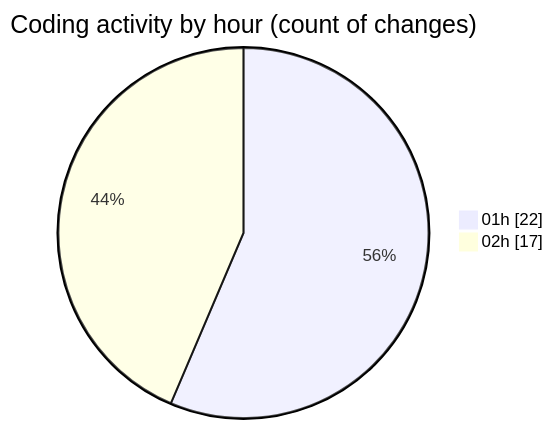
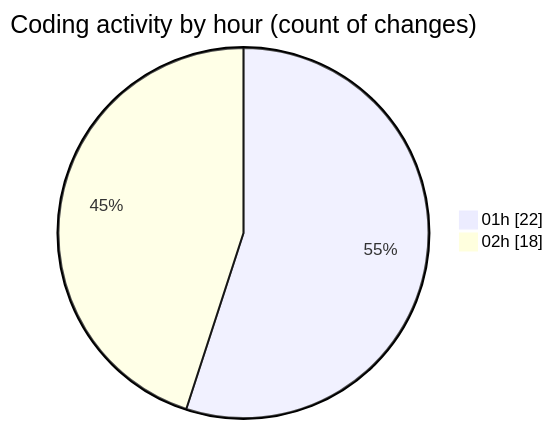
One commit to lephambinh05/code-tracking changed the second of 2 diagrams in 2025-09-17/quytuthien_vn/README.md. Above: the diagram before and after it, drawn with Mermaid. The commit also changed other lines of this file and 1 other file, not shown here.

````diff
--- a/2025-09-17/quytuthien_vn/README.md
+++ b/2025-09-17/quytuthien_vn/README.md
@@ -54,6 +54,6 @@
 ```mermaid
 pie showData
 title Coding activity by hour (count of changes)
 "01h" : 22
-"02h" : 17
+"02h" : 18
 ```
````
